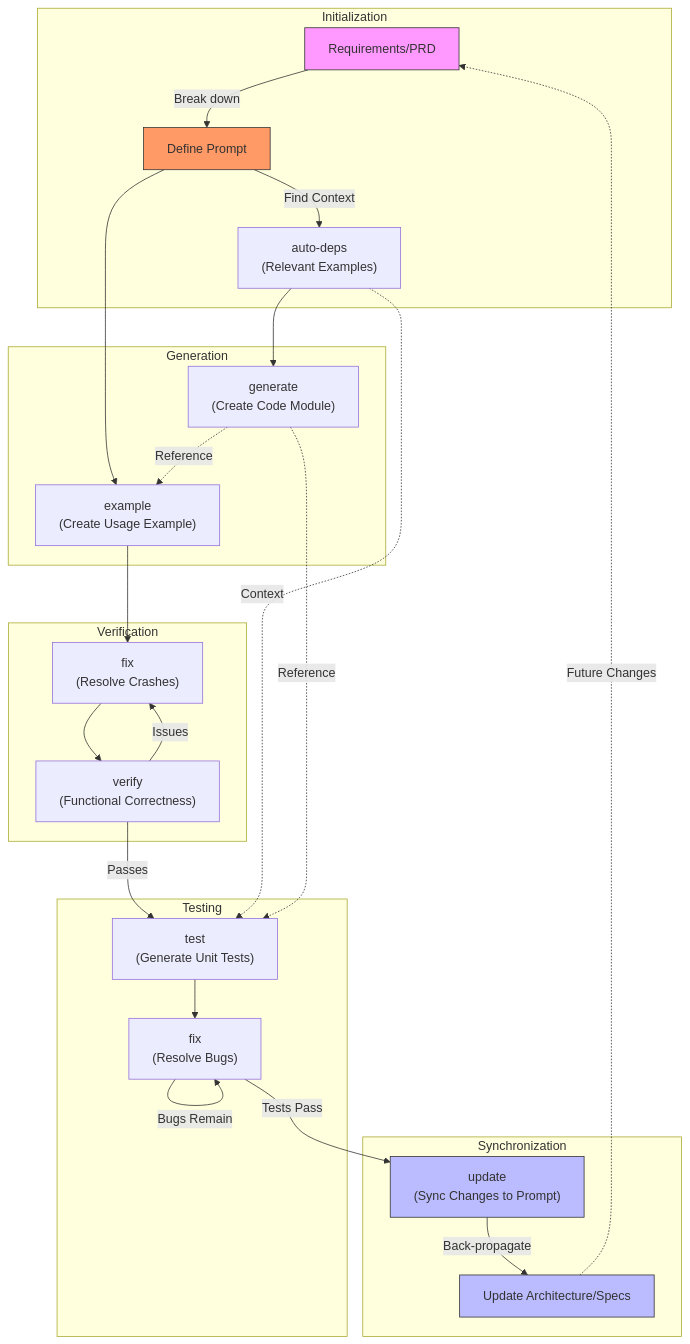
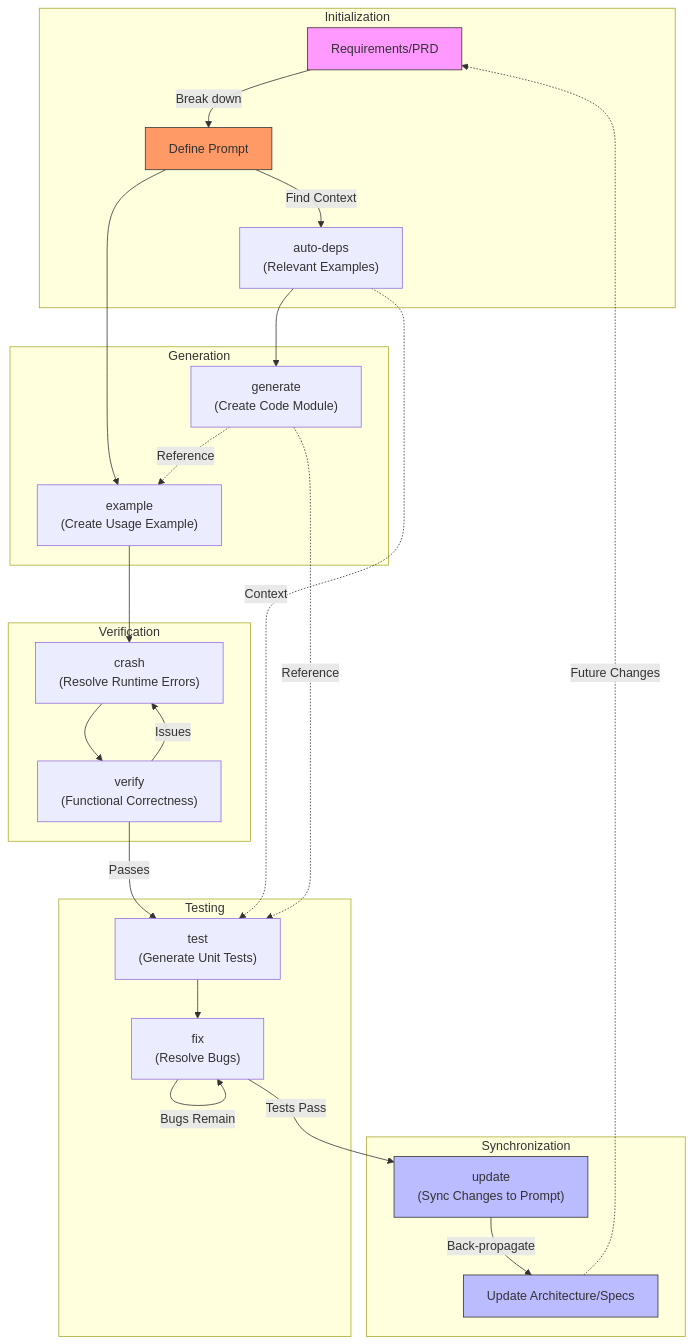
Before and after one commit to promptdriven/pdd: the fourth of 4 diagrams in docs/whitepaper.md, drawn with Mermaid. The commit also changed other lines of this file and 2 other files, not shown here.

````diff
--- a/docs/whitepaper.md
+++ b/docs/whitepaper.md
@@ -180,38 +180,38 @@
 ```mermaid
 flowchart TD
     subgraph Initialization
         A[Requirements/PRD] -->|Break down| B[Define Prompt]
         B -->|Find Context| C["auto-deps\n(Relevant Examples)"]
     end
     
     subgraph Generation
         C --> D["generate\n(Create Code Module)"]
         B --> E["example\n(Create Usage Example)"]
         D -.->|Reference| E
     end
     
     subgraph Verification
-        E --> F["fix\n(Resolve Crashes)"]
+        E --> F["crash\n(Resolve Runtime Errors)"]
         F --> G["verify\n(Functional Correctness)"]
         G -->|Issues| F
     end
     
     subgraph Testing
         G -->|Passes| H["test\n(Generate Unit Tests)"]
         C -.->|Context| H
         D -.->|Reference| H
         H --> I["fix\n(Resolve Bugs)"]
         I -->|Bugs Remain| I
     end
     
     subgraph Synchronization
         I -->|Tests Pass| J["update\n(Sync Changes to Prompt)"]
         J -->|Back-propagate| K["Update Architecture/Specs"]
         K -.->|Future Changes| A
     end
     
     style A fill:#f9f,stroke:#333
     style B fill:#f96,stroke:#333
     style J fill:#bbf,stroke:#333
     style K fill:#bbf,stroke:#333
 ```
````
